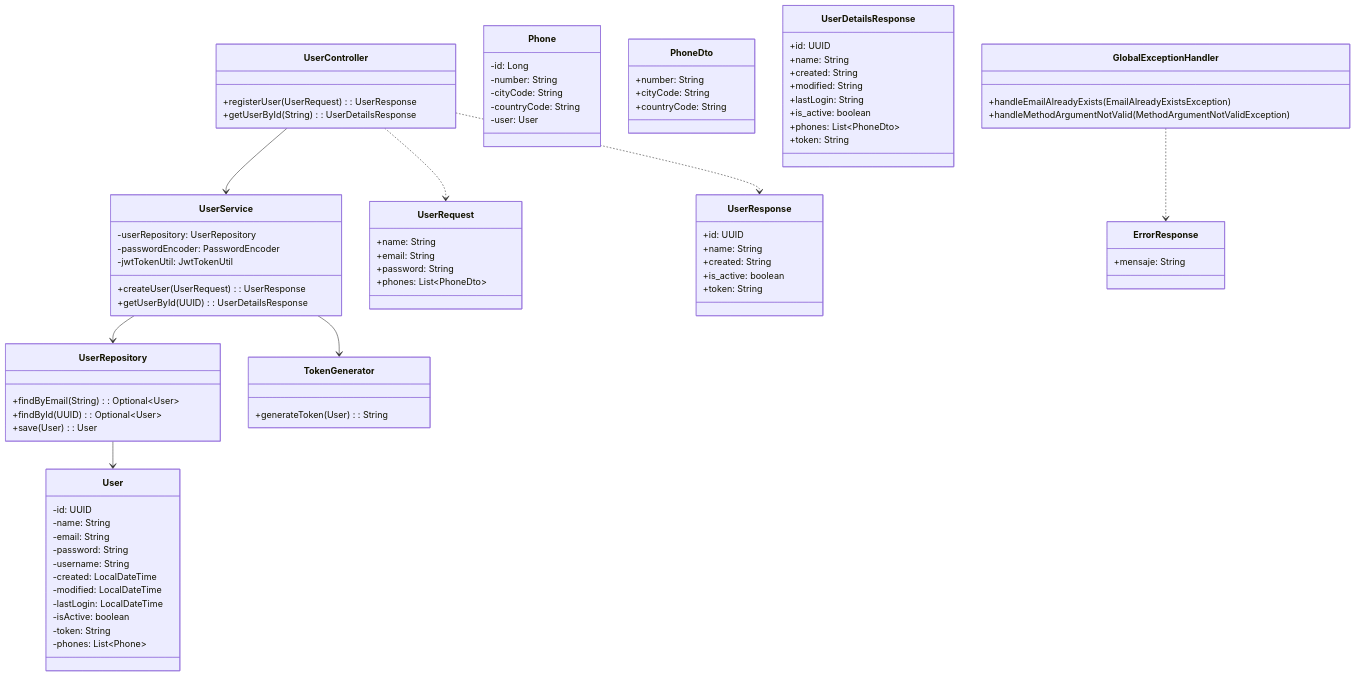
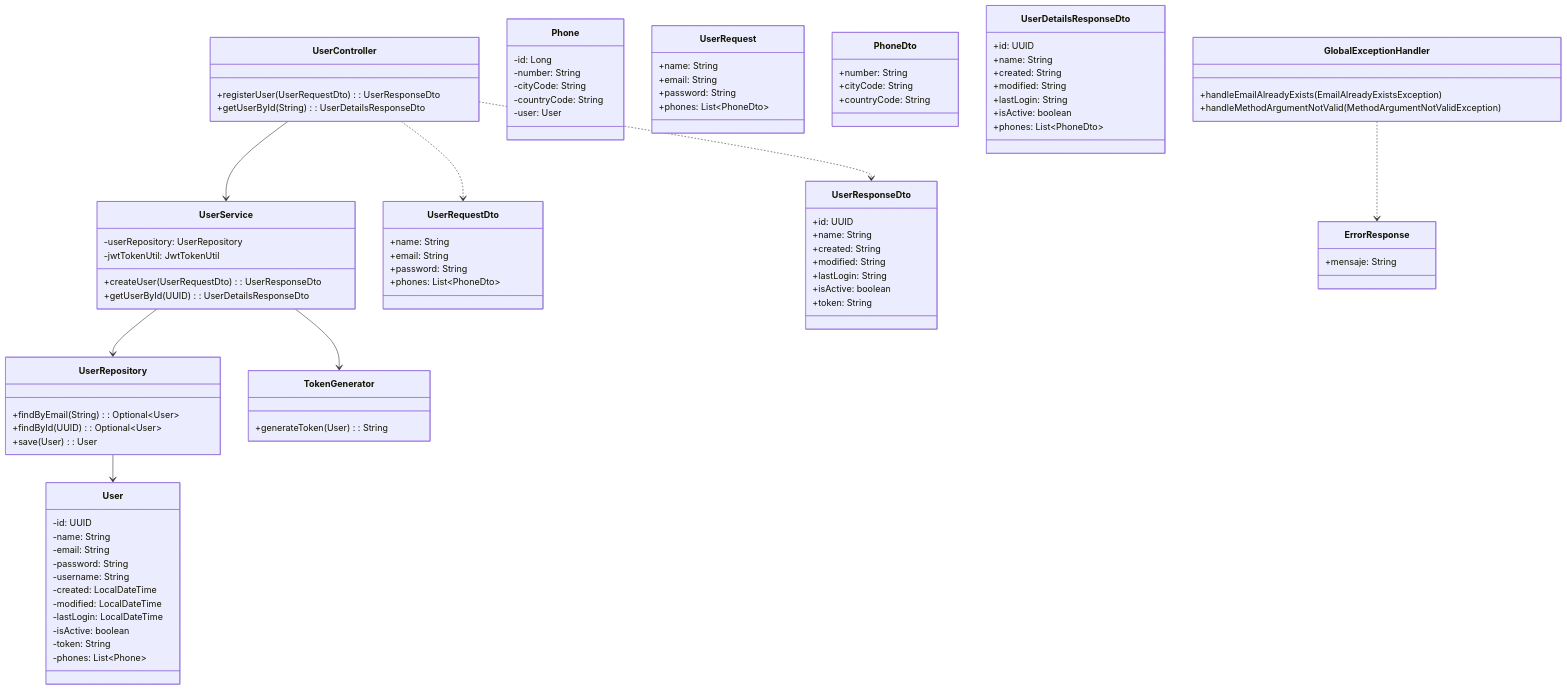
One commit to diegocalza-lagash/api-users changed the diagram in README.md. Above: the diagram before and after it, drawn with Mermaid. The commit also changed 6 other files, not shown here.

````diff
--- a/README.md
+++ b/README.md
@@ -7,16 +7,15 @@
 ```mermaid
 classDiagram
     class UserController {
-        +registerUser(UserRequest): UserResponse
-        +getUserById(String): UserDetailsResponse
+        +registerUser(UserRequestDto): UserResponseDto
+        +getUserById(String): UserDetailsResponseDto
     }
     
     class UserService {
         -userRepository: UserRepository
-        -passwordEncoder: PasswordEncoder
         -jwtTokenUtil: JwtTokenUtil
-        +createUser(UserRequest): UserResponse
-        +getUserById(UUID): UserDetailsResponse
+        +createUser(UserRequestDto): UserResponseDto
+        +getUserById(UUID): UserDetailsResponseDto
     }
     
     class UserRepository {
@@ -60,24 +59,33 @@
         +countryCode: String
     }
     
-    class UserResponse {
-        +id: UUID
+    class UserRequestDto {
         +name: String
-        +created: String
-        +is_active: boolean
-        +token: String
+        +email: String
+        +password: String
+        +phones: List~PhoneDto~
     }
     
-    class UserDetailsResponse {
+    class UserResponseDto {
         +id: UUID
         +name: String
         +created: String
         +modified: String
         +lastLogin: String
-        +is_active: boolean
-        +phones: List~PhoneDto~
+        +isActive: boolean
         +token: String
     }
+    
+    class UserDetailsResponseDto {
+        +id: UUID
+        +name: String
+        +created: String
+        +modified: String
+        +lastLogin: String
+        +isActive: boolean
+        +phones: List~PhoneDto~
+    }
+    
     
     class GlobalExceptionHandler {
         +handleEmailAlreadyExists(EmailAlreadyExistsException)
@@ -97,7 +105,7 @@
     
     UserService --> TokenGenerator
     UserRepository --> User
-    UserController ..> UserRequest
-    UserController ..> UserResponse
+    UserController ..> UserRequestDto
+    UserController ..> UserResponseDto
     GlobalExceptionHandler ..> ErrorResponse
 ```
````
